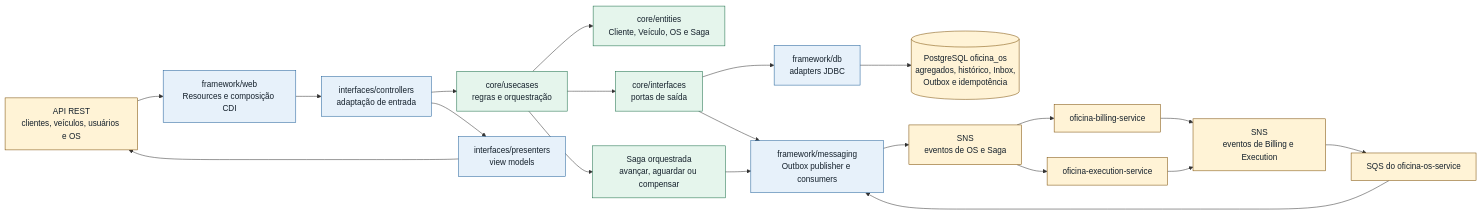
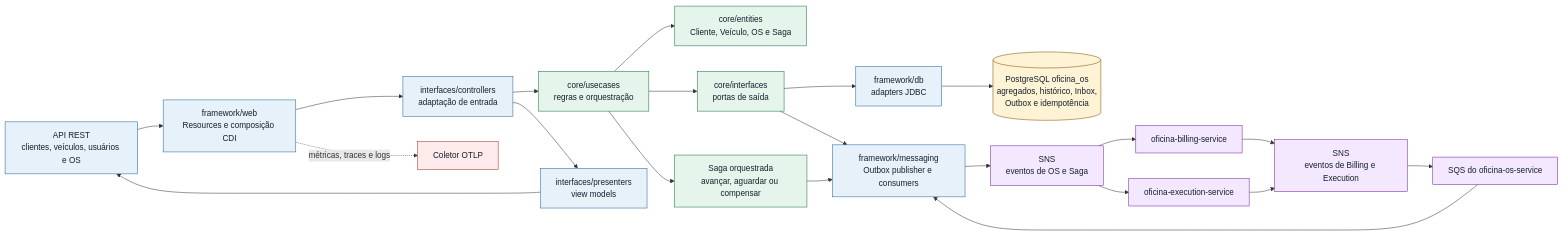
Before and after one commit to oficina-soat/oficina-os-service: the diagram in README.md, drawn with Mermaid.

Commit message:
docs: padroniza diagrama de arquitetura

````diff
--- a/README.md
+++ b/README.md
@@ -45,31 +45,36 @@
 ```mermaid
 flowchart LR
   HTTP["API REST<br/>clientes, veículos, usuários e OS"] --> Web["framework/web<br/>Resources e composição CDI"]
   Web --> Controllers["interfaces/controllers<br/>adaptação de entrada"]
   Controllers --> UseCases["core/usecases<br/>regras e orquestração"]
   UseCases --> Domain["core/entities<br/>Cliente, Veículo, OS e Saga"]
   UseCases --> Ports["core/interfaces<br/>portas de saída"]
   Presenters["interfaces/presenters<br/>view models"] --> HTTP
   Controllers --> Presenters
 
   Ports --> JDBC["framework/db<br/>adapters JDBC"]
   JDBC --> Postgres[("PostgreSQL oficina_os<br/>agregados, histórico, Inbox,<br/>Outbox e idempotência")]
   Ports --> Messaging["framework/messaging<br/>Outbox publisher e consumers"]
   Messaging --> SNS["SNS<br/>eventos de OS e Saga"]
   InboundSNS["SNS<br/>eventos de Billing e Execution"] --> SQS["SQS do oficina-os-service"]
   SQS --> Messaging
 
   UseCases --> Saga["Saga orquestrada<br/>avançar, aguardar ou compensar"]
   Saga --> Messaging
   Billing["oficina-billing-service"] --> InboundSNS
   Execution["oficina-execution-service"] --> InboundSNS
   SNS --> Billing
   SNS --> Execution
+  Web -. "métricas, traces e logs" .-> Telemetry["Coletor OTLP"]
 
   classDef core fill:#e5f5ec,stroke:#176b45,color:#14202b;
   classDef adapter fill:#e7f1fa,stroke:#1f5f99,color:#14202b;
-  classDef external fill:#fff3d6,stroke:#7a4b00,color:#14202b;
+  classDef data fill:#fff3d6,stroke:#7a4b00,color:#14202b;
+  classDef event fill:#f3e8ff,stroke:#6b21a8,color:#14202b;
+  classDef observe fill:#fdeaea,stroke:#a22929,color:#14202b;
   class Domain,UseCases,Ports,Saga core;
-  class Web,Controllers,Presenters,JDBC,Messaging adapter;
-  class HTTP,Postgres,SNS,InboundSNS,SQS,Billing,Execution external;
+  class HTTP,Web,Controllers,Presenters,JDBC,Messaging adapter;
+  class Postgres data;
+  class SNS,InboundSNS,SQS,Billing,Execution event;
+  class Telemetry observe;
 ```
````
